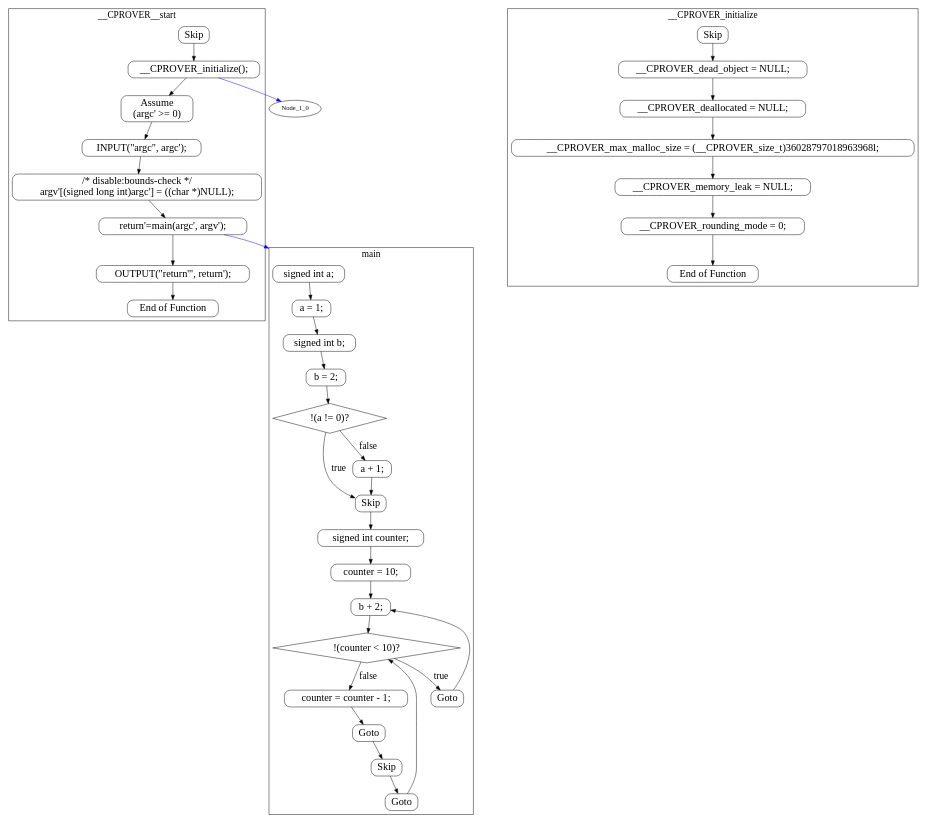
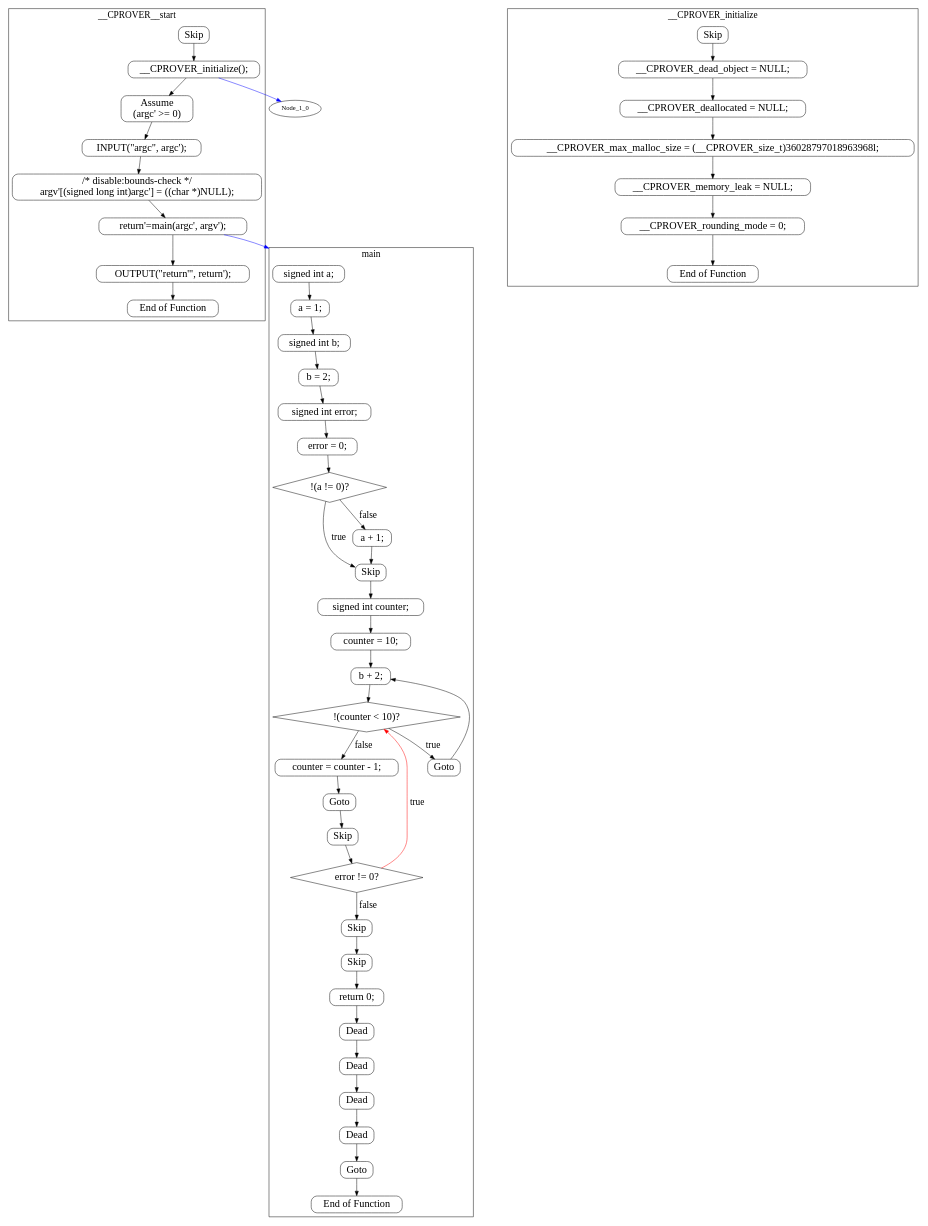
The diagram in control-flow-graph-test-cases/cbmc-michael-wolfe/michael-wolfe-g3/main.dot (malkawimahdi/investigating-loop-detection-algorithms), drawn with Graphviz before and after one commit. The commit also changed 3 other files, not shown here.

```diff
--- a/control-flow-graph-test-cases/cbmc-michael-wolfe/michael-wolfe-g3/main.dot
+++ b/control-flow-graph-test-cases/cbmc-michael-wolfe/michael-wolfe-g3/main.dot
@@ -1,76 +1,98 @@
 digraph G {
 color=black;orientation=portrait;fontsize=20;compound=true;size="30,40";ratio=compress;
 subgraph "cluster_main" {
 label="main";
 Node_0_0 [shape=Mrecord,fontsize=22,label="signed int a;"];
 Node_0_0 -> Node_0_1 ;
 Node_0_1 [shape=Mrecord,fontsize=22,label="a = 1;"];
 Node_0_1 -> Node_0_2 ;
 Node_0_2 [shape=Mrecord,fontsize=22,label="signed int b;"];
 Node_0_2 -> Node_0_3 ;
 Node_0_3 [shape=Mrecord,fontsize=22,label="b = 2;"];
 Node_0_3 -> Node_0_4 ;
-Node_0_4 [shape=diamond,fontsize=22,label="!(a != 0)?"];
-Node_0_4 -> Node_0_6 [fontsize=20,label="true"];
-Node_0_4 -> Node_0_5 [fontsize=20,label="false"];
-Node_0_6 [shape=Mrecord,fontsize=22,label="Skip"];
-Node_0_6 -> Node_0_7 ;
-Node_0_5 [shape=Mrecord,fontsize=22,label="a + 1;"];
+Node_0_4 [shape=Mrecord,fontsize=22,label="signed int error;"];
+Node_0_4 -> Node_0_5 ;
+Node_0_5 [shape=Mrecord,fontsize=22,label="error = 0;"];
 Node_0_5 -> Node_0_6 ;
-Node_0_7 [shape=Mrecord,fontsize=22,label="signed int counter;"];
+Node_0_6 [shape=diamond,fontsize=22,label="!(a != 0)?"];
+Node_0_6 -> Node_0_8 [fontsize=20,label="true"];
+Node_0_6 -> Node_0_7 [fontsize=20,label="false"];
+Node_0_8 [shape=Mrecord,fontsize=22,label="Skip"];
+Node_0_8 -> Node_0_9 ;
+Node_0_7 [shape=Mrecord,fontsize=22,label="a + 1;"];
 Node_0_7 -> Node_0_8 ;
-Node_0_8 [shape=Mrecord,fontsize=22,label="counter = 10;"];
-Node_0_8 -> Node_0_9 ;
-Node_0_9 [shape=Mrecord,fontsize=22,label="b + 2;"];
+Node_0_9 [shape=Mrecord,fontsize=22,label="signed int counter;"];
 Node_0_9 -> Node_0_10 ;
-Node_0_10 [shape=diamond,fontsize=22,label="!(counter \< 10)?"];
-Node_0_10 -> Node_0_13 [fontsize=20,label="true"];
-Node_0_10 -> Node_0_11 [fontsize=20,label="false"];
-Node_0_13 [shape=Mrecord,fontsize=22,label="Goto"];
-Node_0_13 -> Node_0_9 ;
-Node_0_11 [shape=Mrecord,fontsize=22,label="counter = counter - 1;"];
+Node_0_10 [shape=Mrecord,fontsize=22,label="counter = 10;"];
+Node_0_10 -> Node_0_11 ;
+Node_0_11 [shape=Mrecord,fontsize=22,label="b + 2;"];
 Node_0_11 -> Node_0_12 ;
-Node_0_12 [shape=Mrecord,fontsize=22,label="Goto"];
-Node_0_12 -> Node_0_14 ;
-Node_0_14 [shape=Mrecord,fontsize=22,label="Skip"];
-Node_0_14 -> Node_0_15 ;
+Node_0_12 [shape=diamond,fontsize=22,label="!(counter \< 10)?"];
+Node_0_12 -> Node_0_15 [fontsize=20,label="true"];
+Node_0_12 -> Node_0_13 [fontsize=20,label="false"];
 Node_0_15 [shape=Mrecord,fontsize=22,label="Goto"];
-Node_0_15 -> Node_0_10 ;
+Node_0_15 -> Node_0_11 ;
+Node_0_13 [shape=Mrecord,fontsize=22,label="counter = counter - 1;"];
+Node_0_13 -> Node_0_14 ;
+Node_0_14 [shape=Mrecord,fontsize=22,label="Goto"];
+Node_0_14 -> Node_0_17 ;
+Node_0_17 [shape=Mrecord,fontsize=22,label="Skip"];
+Node_0_17 -> Node_0_18 ;
+Node_0_18 [shape=diamond,fontsize=22,label="error != 0?"];
+Node_0_18 -> Node_0_12 [fontsize=20,label="true",color=red];
+Node_0_18 -> Node_0_19 [fontsize=20,label="false"];
+Node_0_19 [shape=Mrecord,fontsize=22,label="Skip"];
+Node_0_19 -> Node_0_20 ;
+Node_0_20 [shape=Mrecord,fontsize=22,label="Skip"];
+Node_0_20 -> Node_0_21 ;
+Node_0_21 [shape=Mrecord,fontsize=22,label="return 0;"];
+Node_0_21 -> Node_0_22 ;
+Node_0_22 [shape=Mrecord,fontsize=22,label="Dead"];
+Node_0_22 -> Node_0_23 ;
+Node_0_23 [shape=Mrecord,fontsize=22,label="Dead"];
+Node_0_23 -> Node_0_24 ;
+Node_0_24 [shape=Mrecord,fontsize=22,label="Dead"];
+Node_0_24 -> Node_0_25 ;
+Node_0_25 [shape=Mrecord,fontsize=22,label="Dead"];
+Node_0_25 -> Node_0_26 ;
+Node_0_26 [shape=Mrecord,fontsize=22,label="Goto"];
+Node_0_26 -> Node_0_27 ;
+Node_0_27 [shape=Mrecord,fontsize=22,label="End of Function"];
 }
 subgraph "cluster___CPROVER_initialize" {
 label="__CPROVER_initialize";
-Node_1_22 [shape=Mrecord,fontsize=22,label="Skip"];
-Node_1_22 -> Node_1_23 ;
-Node_1_23 [shape=Mrecord,fontsize=22,label="__CPROVER_dead_object = NULL;"];
-Node_1_23 -> Node_1_24 ;
-Node_1_24 [shape=Mrecord,fontsize=22,label="__CPROVER_deallocated = NULL;"];
-Node_1_24 -> Node_1_25 ;
-Node_1_25 [shape=Mrecord,fontsize=22,label="__CPROVER_max_malloc_size = (__CPROVER_size_t)36028797018963968l;"];
-Node_1_25 -> Node_1_26 ;
-Node_1_26 [shape=Mrecord,fontsize=22,label="__CPROVER_memory_leak = NULL;"];
-Node_1_26 -> Node_1_27 ;
-Node_1_27 [shape=Mrecord,fontsize=22,label="__CPROVER_rounding_mode = 0;"];
-Node_1_27 -> Node_1_28 ;
-Node_1_28 [shape=Mrecord,fontsize=22,label="End of Function"];
+Node_1_28 [shape=Mrecord,fontsize=22,label="Skip"];
+Node_1_28 -> Node_1_29 ;
+Node_1_29 [shape=Mrecord,fontsize=22,label="__CPROVER_dead_object = NULL;"];
+Node_1_29 -> Node_1_30 ;
+Node_1_30 [shape=Mrecord,fontsize=22,label="__CPROVER_deallocated = NULL;"];
+Node_1_30 -> Node_1_31 ;
+Node_1_31 [shape=Mrecord,fontsize=22,label="__CPROVER_max_malloc_size = (__CPROVER_size_t)36028797018963968l;"];
+Node_1_31 -> Node_1_32 ;
+Node_1_32 [shape=Mrecord,fontsize=22,label="__CPROVER_memory_leak = NULL;"];
+Node_1_32 -> Node_1_33 ;
+Node_1_33 [shape=Mrecord,fontsize=22,label="__CPROVER_rounding_mode = 0;"];
+Node_1_33 -> Node_1_34 ;
+Node_1_34 [shape=Mrecord,fontsize=22,label="End of Function"];
 }
 subgraph "cluster___CPROVER__start" {
 label="__CPROVER__start";
-Node_2_29 [shape=Mrecord,fontsize=22,label="Skip"];
-Node_2_29 -> Node_2_30 ;
-Node_2_30 [shape=Mrecord,fontsize=22,label="__CPROVER_initialize();"];
-Node_2_30 -> Node_2_31 ;
-Node_2_31 [shape=Mrecord,fontsize=22,label="Assume\n(argc' \>= 0)"];
-Node_2_31 -> Node_2_32 ;
-Node_2_32 [shape=Mrecord,fontsize=22,label="INPUT(\"argc\", argc');"];
-Node_2_32 -> Node_2_33 ;
-Node_2_33 [shape=Mrecord,fontsize=22,label="/* disable:bounds-check */\nargv'[(signed long int)argc'] = ((char *)NULL);"];
-Node_2_33 -> Node_2_34 ;
-Node_2_34 [shape=Mrecord,fontsize=22,label="return'=main(argc', argv');"];
-Node_2_34 -> Node_2_35 ;
-Node_2_35 [shape=Mrecord,fontsize=22,label="OUTPUT(\"return'\", return');"];
+Node_2_35 [shape=Mrecord,fontsize=22,label="Skip"];
 Node_2_35 -> Node_2_36 ;
-Node_2_36 [shape=Mrecord,fontsize=22,label="End of Function"];
+Node_2_36 [shape=Mrecord,fontsize=22,label="__CPROVER_initialize();"];
+Node_2_36 -> Node_2_37 ;
+Node_2_37 [shape=Mrecord,fontsize=22,label="Assume\n(argc' \>= 0)"];
+Node_2_37 -> Node_2_38 ;
+Node_2_38 [shape=Mrecord,fontsize=22,label="INPUT(\"argc\", argc');"];
+Node_2_38 -> Node_2_39 ;
+Node_2_39 [shape=Mrecord,fontsize=22,label="/* disable:bounds-check */\nargv'[(signed long int)argc'] = ((char *)NULL);"];
+Node_2_39 -> Node_2_40 ;
+Node_2_40 [shape=Mrecord,fontsize=22,label="return'=main(argc', argv');"];
+Node_2_40 -> Node_2_41 ;
+Node_2_41 [shape=Mrecord,fontsize=22,label="OUTPUT(\"return'\", return');"];
+Node_2_41 -> Node_2_42 ;
+Node_2_42 [shape=Mrecord,fontsize=22,label="End of Function"];
 }
-Node_2_30 -> Node_1_0 [lhead="cluster___CPROVER_initialize",color=blue];
-Node_2_34 -> Node_0_0 [lhead="cluster_main",color=blue];
+Node_2_36 -> Node_1_0 [lhead="cluster___CPROVER_initialize",color=blue];
+Node_2_40 -> Node_0_0 [lhead="cluster_main",color=blue];
 }
```
